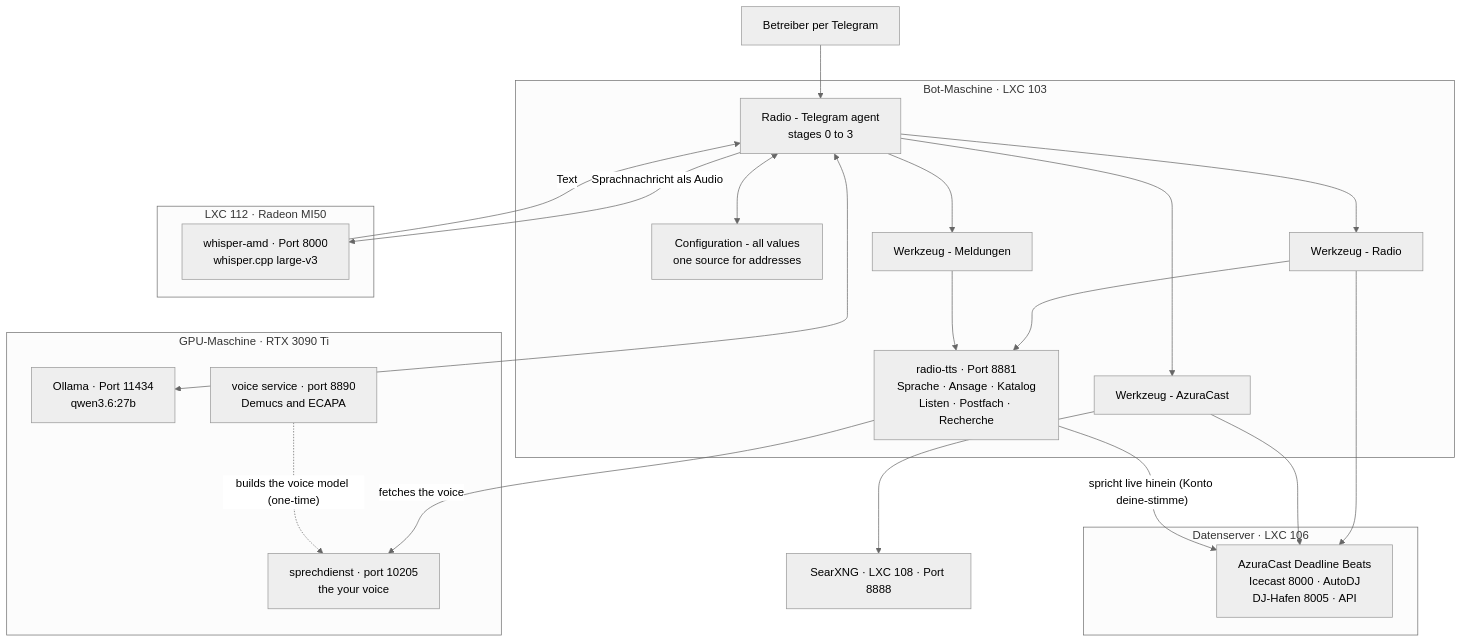
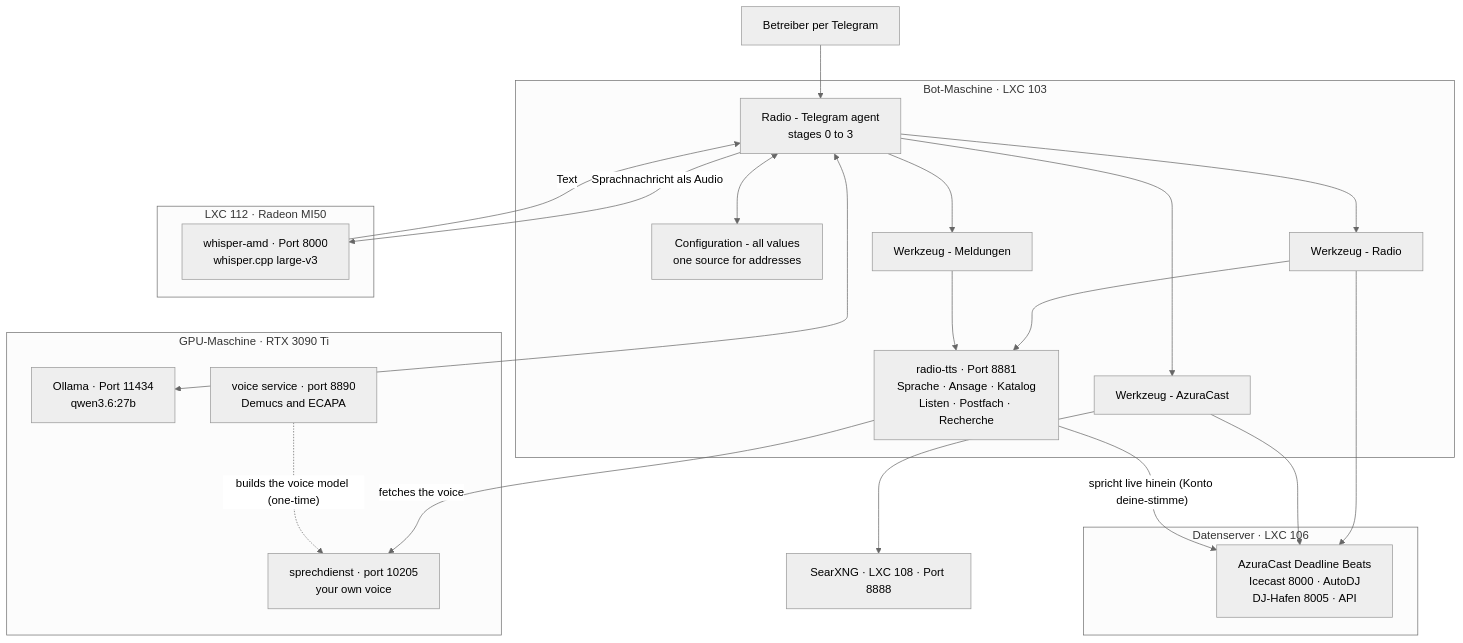
One commit to Nr44suessauer/deadline-beats-radio-bot changed the third of 15 diagrams in EN/DOKU/HANDBUCH.md. Above: the diagram before and after it, drawn with Mermaid (neutral theme). The commit also changed 5 other files, not shown here.

Commit message:
Fassung: "the your voice" zu "your own voice" berichtigt

````diff
--- a/EN/DOKU/HANDBUCH.md
+++ b/EN/DOKU/HANDBUCH.md
@@ -417,46 +417,46 @@
 ```mermaid
 flowchart TB
   BET["Betreiber per Telegram"]
 
   subgraph N8N["Bot-Maschine · LXC 103"]
     AG["Radio - Telegram agent<br/>stages 0 to 3"]
     KO["Configuration - all values<br/>one source for addresses"]
     WR["Werkzeug - Radio"]
     WZ["Werkzeug - AzuraCast"]
     WM["Werkzeug - Meldungen"]
     RT["radio-tts · Port 8881<br/>Sprache · Ansage · Katalog<br/>Listen · Postfach · Recherche"]
   end
 
   subgraph GRX["GPU-Maschine · RTX 3090 Ti"]
     OL["Ollama · Port 11434<br/>qwen3.6:27b"]
-    AQ["sprechdienst · port 10205<br/>the your voice"]
+    AQ["sprechdienst · port 10205<br/>your own voice"]
     SD["voice service · port 8890<br/>Demucs and ECAPA"]
   end
 
   subgraph MIA["LXC 112 · Radeon MI50"]
     WH["whisper-amd · Port 8000<br/>whisper.cpp large-v3"]
   end
 
   subgraph AZS["Datenserver · LXC 106"]
     SE["AzuraCast Deadline Beats<br/>Icecast 8000 · AutoDJ<br/>DJ-Hafen 8005 · API"]
   end
 
   SX["SearXNG · LXC 108 · Port 8888"]
 
   BET --> AG
   AG -->|"Sprachnachricht als Audio"| WH
   WH -->|"Text"| AG
   AG <--> KO
   AG <--> OL
   AG --> WR
   AG --> WZ
   AG --> WM
   WR --> RT
   WR --> SE
   WZ --> SE
   WZ --> SX
   WM --> RT
   RT -->|"fetches the voice"| AQ
   RT -->|"spricht live hinein (Konto deine-stimme)"| SE
   SD -. "builds the voice model (one-time)" .-> AQ
 ```
````
